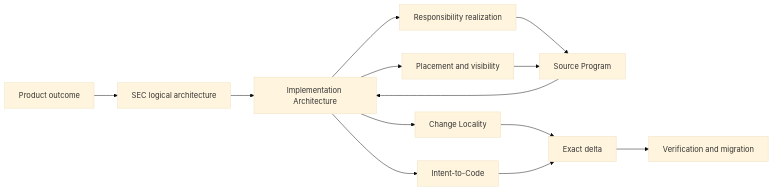
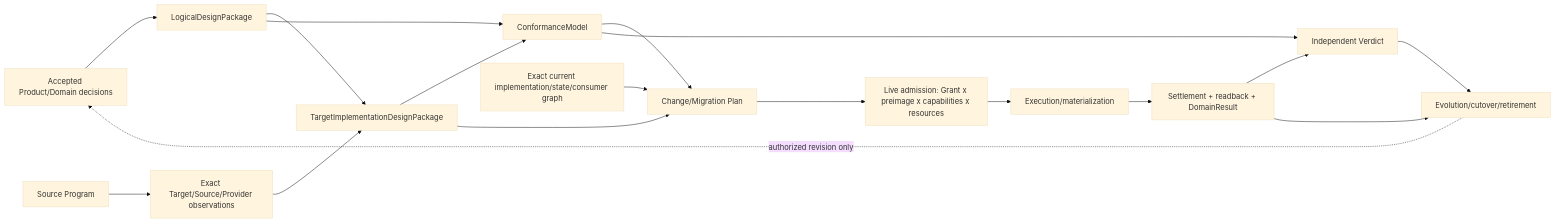
The first of 3 diagrams in docs/implementation-architecture.md (sec-platform/sec), drawn with Mermaid (base theme) before and after one commit. The commit also changed other lines of this file and 6 other files, not shown here.

````diff
--- a/docs/implementation-architecture.md
+++ b/docs/implementation-architecture.md
@@ -17,15 +17,20 @@
 ```mermaid
 flowchart LR
-  P[Product outcome] --> S[SEC logical architecture]
-  S --> I[Implementation Architecture]
-  I --> R[Responsibility realization]
-  I --> L[Placement and visibility]
-  I --> C[Change Locality]
-  I --> G[Intent-to-Code]
-  R --> SP[Source Program]
-  L --> SP
-  C --> D[Exact delta]
-  G --> D
-  D --> V[Verification and migration]
-  SP --> I
+  PD[Accepted Product/Domain decisions] --> LP[LogicalDesignPackage]
+  LP --> IP[TargetImplementationDesignPackage]
+  OBS[Exact Target/Source/Provider observations] --> IP
+  LP --> CM[ConformanceModel]
+  IP --> CM
+  CUR[Exact current implementation/state/consumer graph] --> MP[Change/Migration Plan]
+  IP --> MP
+  CM --> MP
+  MP --> AD[Live admission: Grant x preimage x capabilities x resources]
+  AD --> EX[Execution/materialization]
+  EX --> SR[Settlement + readback + DomainResult]
+  CM --> VR[Independent Verdict]
+  SR --> VR
+  SR --> EV[Evolution/cutover/retirement]
+  VR --> EV
+  SP[Source Program] --> OBS
+  EV -. authorized revision only .-> PD
 ```
````
